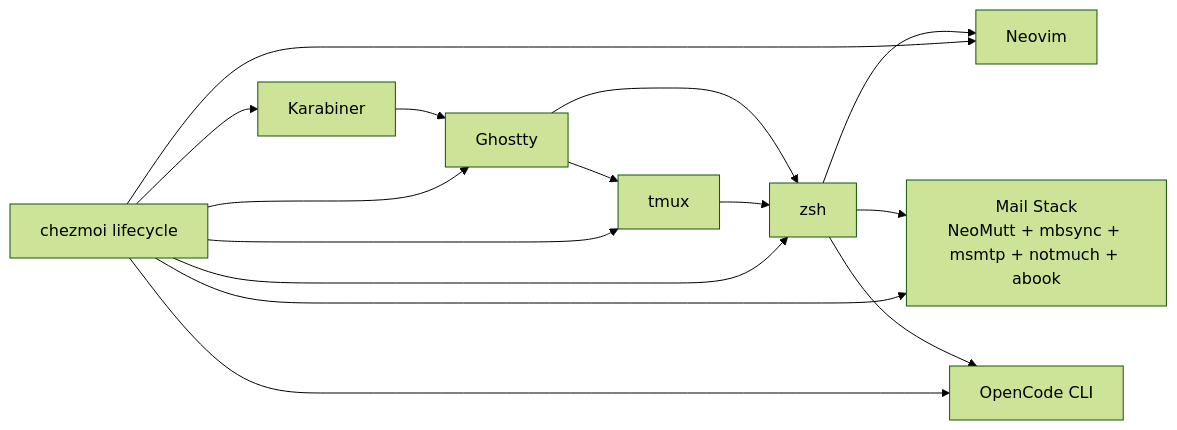
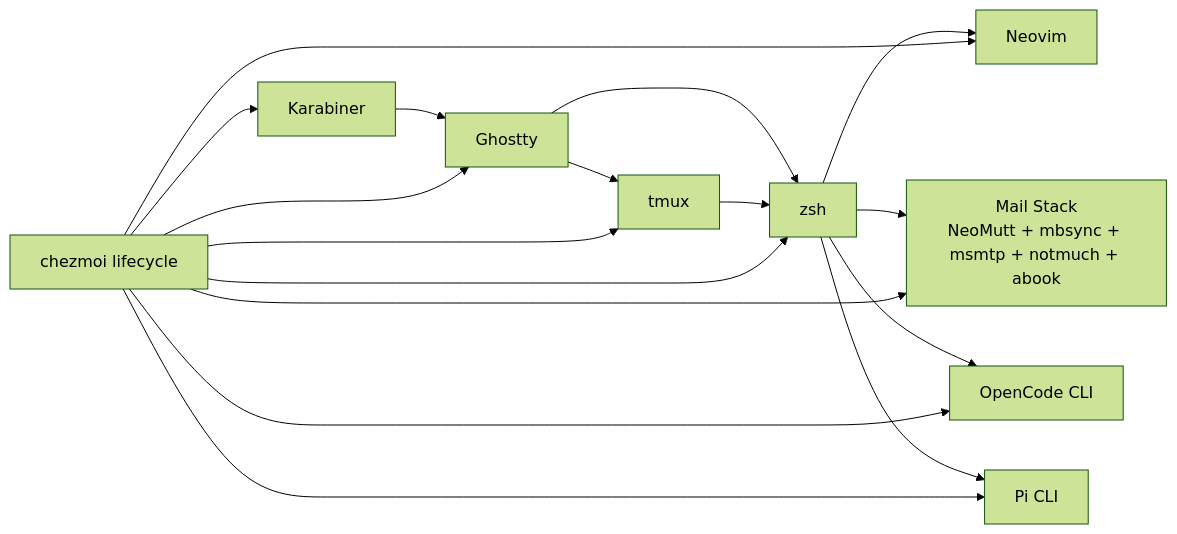
One commit to mbastakis/dotfiles changed the first of 2 diagrams in docs/architecture/overview.md. Above: the diagram before and after it, drawn with Mermaid (forest theme). The commit also changed other lines of this file and 102 other files, not shown here.

````diff
--- a/docs/architecture/overview.md
+++ b/docs/architecture/overview.md
@@ -7,17 +7,19 @@
 ```mermaid
 flowchart LR
   K[Karabiner] --> G[Ghostty]
   G --> T[tmux]
   G --> Z[zsh]
   T --> Z
   Z --> N[Neovim]
   Z --> M[Mail Stack\nNeoMutt + mbsync + msmtp + notmuch + abook]
   Z --> O[OpenCode CLI]
+  Z --> P[Pi CLI]
   C[chezmoi lifecycle] --> Z
   C --> N
   C --> M
   C --> O
+  C --> P
   C --> K
   C --> G
   C --> T
 ```
````
